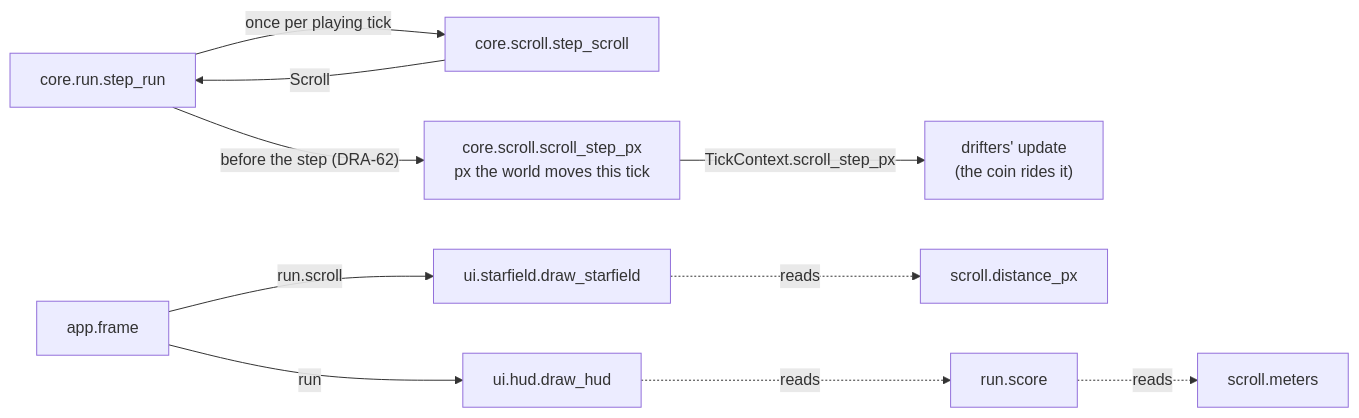
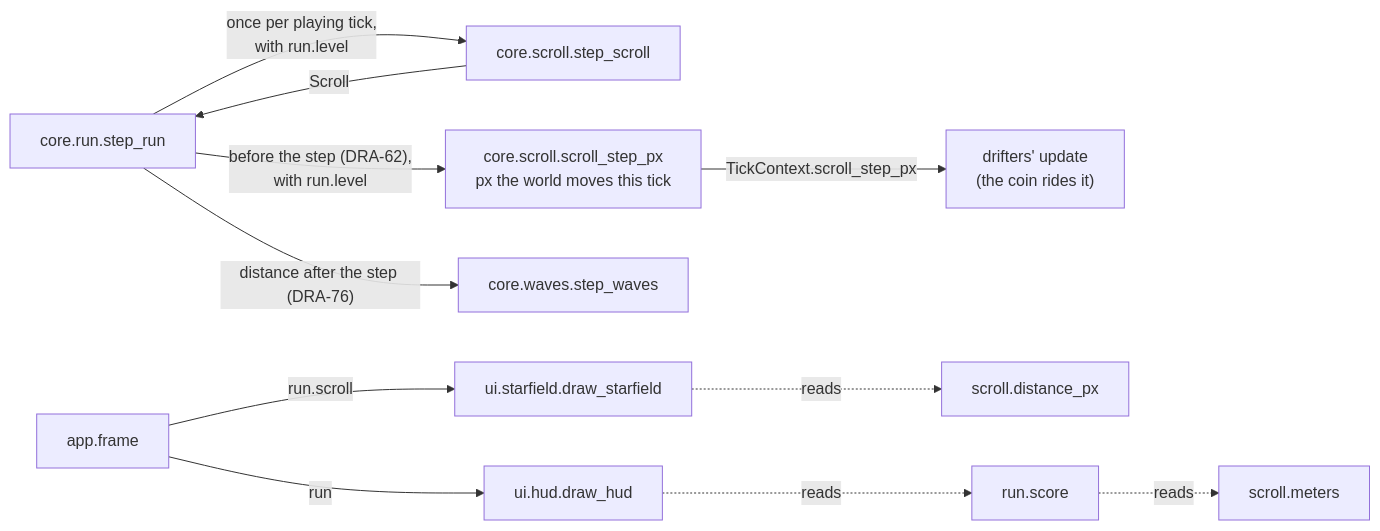
The second of 2 diagrams in docs/contracts/systems/scroll.md (david-mntl/driftward-ace), drawn with Mermaid before and after one commit. The commit also changed other lines of this file and 18 other files, not shown here.

Commit message:
docs(contracts): add DRA-76 waves contract, wave and playlist schemas, tasks; update run, scroll, app, drifters, hud, debug overlay

````diff
--- a/docs/contracts/systems/scroll.md
+++ b/docs/contracts/systems/scroll.md
@@ -32,12 +33,13 @@
 ```mermaid
 flowchart LR
-  RUN["core.run.step_run"] -- "once per playing tick" --> STEP["core.scroll.step_scroll"]
+  RUN["core.run.step_run"] -- "once per playing tick,<br/>with run.level" --> STEP["core.scroll.step_scroll"]
   STEP -- "Scroll" --> RUN
-  RUN -- "before the step (DRA-62)" --> NX["core.scroll.scroll_step_px<br/>px the world moves this tick"]
+  RUN -- "before the step (DRA-62),<br/>with run.level" --> NX["core.scroll.scroll_step_px<br/>px the world moves this tick"]
+  RUN -- "distance after the step (DRA-76)" --> WV["core.waves.step_waves"]
   NX -- "TickContext.scroll_step_px" --> DR["drifters' update<br/>(the coin rides it)"]
   APP["app.frame"] -- "run.scroll" --> SF["ui.starfield.draw_starfield"]
   APP -- "run" --> HUD["ui.hud.draw_hud"]
   SF -. reads .-> D["scroll.distance_px"]
   HUD -. reads .-> SC["run.score"]
   SC -. reads .-> M["scroll.meters"]
 ```
````
